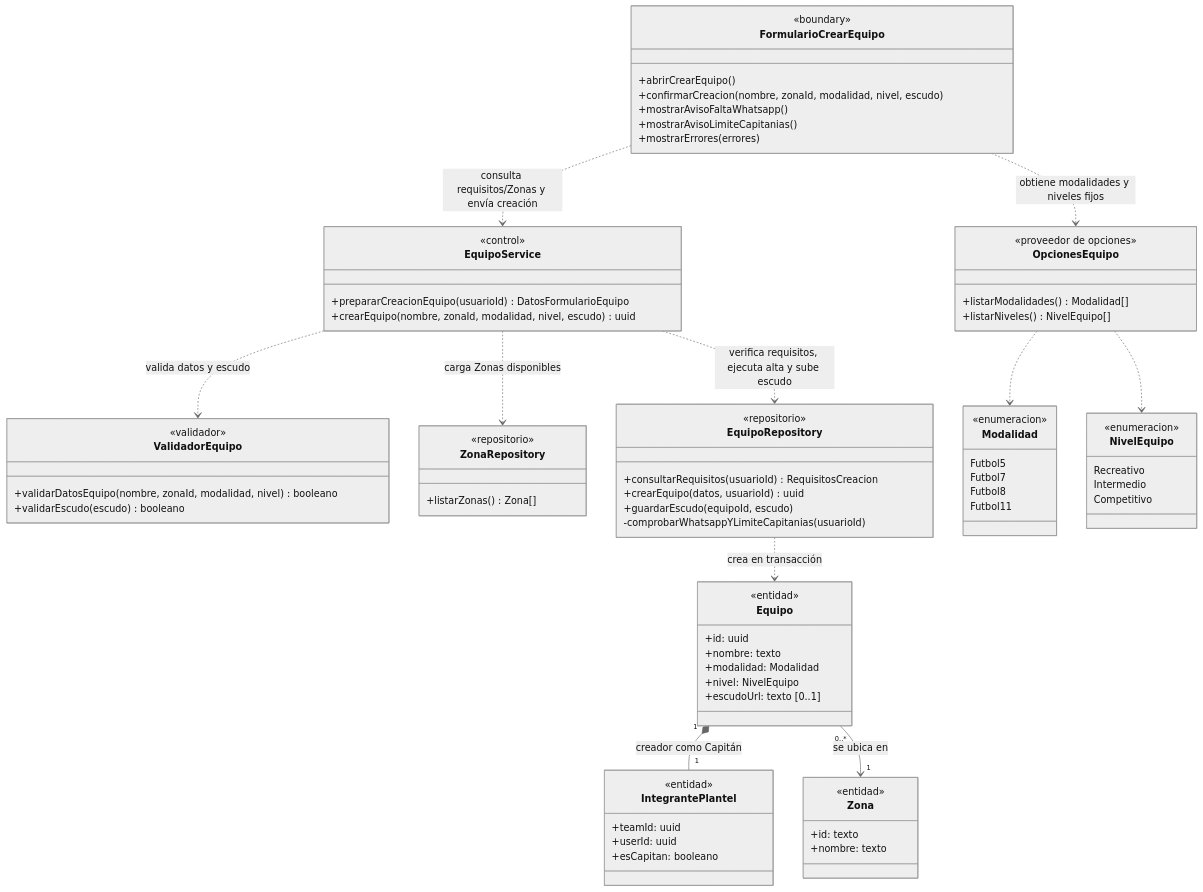
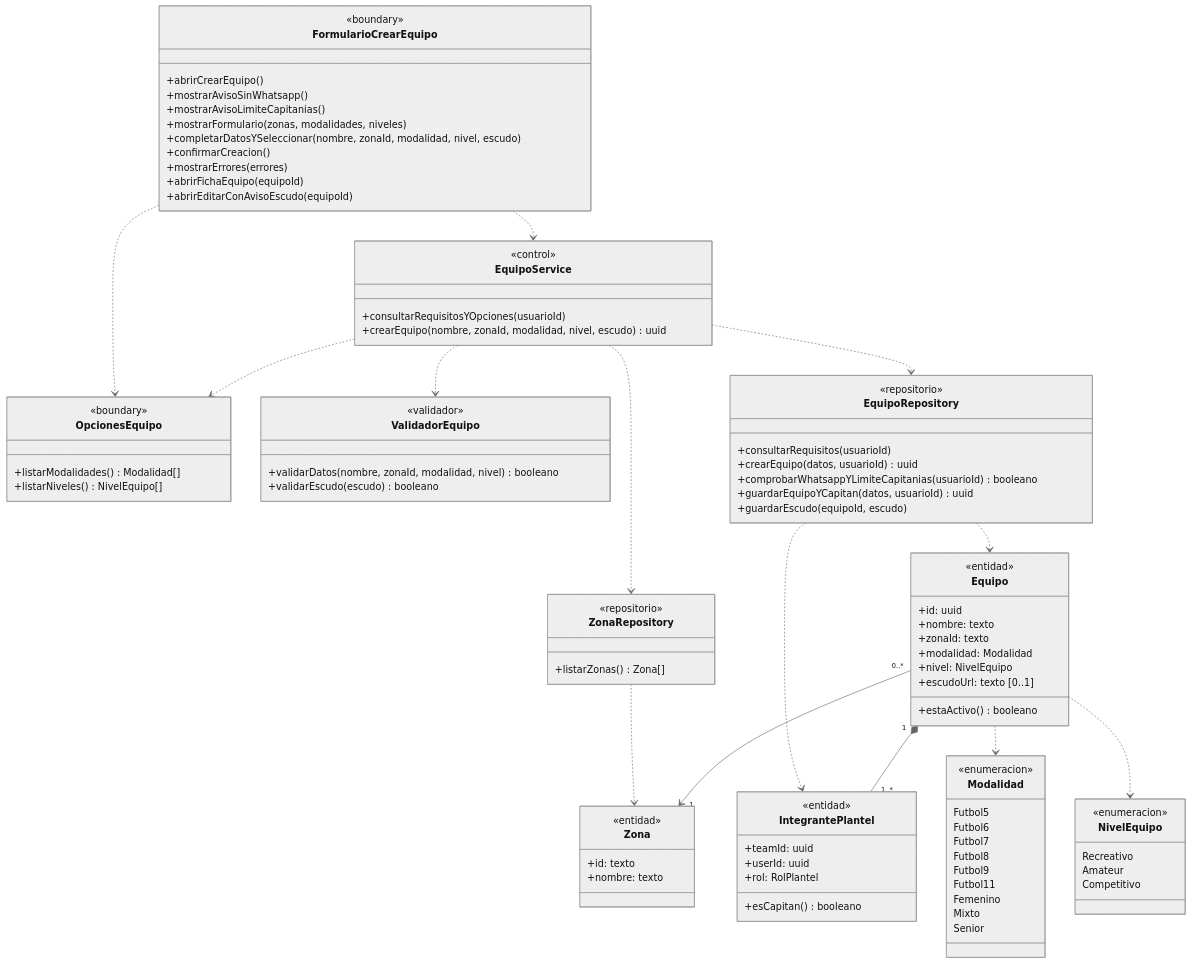
The second of 11 diagrams in docs/diagramas-de-clase/equipos.md (nicqletal/torneos-scraper), drawn with Mermaid (neutral theme) before and after one commit. The commit also changed other lines of this file and 13 other files, not shown here.

````diff
--- a/docs/diagramas-de-clase/equipos.md
+++ b/docs/diagramas-de-clase/equipos.md
@@ -132,27 +159,30 @@
 ```mermaid
 classDiagram
-direction TB
 class FormularioCrearEquipo {
   <<boundary>>
   +abrirCrearEquipo()
-  +confirmarCreacion(nombre, zonaId, modalidad, nivel, escudo)
-  +mostrarAvisoFaltaWhatsapp()
+  +mostrarAvisoSinWhatsapp()
   +mostrarAvisoLimiteCapitanias()
+  +mostrarFormulario(zonas, modalidades, niveles)
+  +completarDatosYSeleccionar(nombre, zonaId, modalidad, nivel, escudo)
+  +confirmarCreacion()
   +mostrarErrores(errores)
+  +abrirFichaEquipo(equipoId)
+  +abrirEditarConAvisoEscudo(equipoId)
 }
 class OpcionesEquipo {
-  <<proveedor de opciones>>
+  <<boundary>>
   +listarModalidades() Modalidad[]
   +listarNiveles() NivelEquipo[]
 }
 class EquipoService {
   <<control>>
-  +prepararCreacionEquipo(usuarioId) DatosFormularioEquipo
+  +consultarRequisitosYOpciones(usuarioId)
   +crearEquipo(nombre, zonaId, modalidad, nivel, escudo) uuid
 }
 class ValidadorEquipo {
   <<validador>>
-  +validarDatosEquipo(nombre, zonaId, modalidad, nivel) booleano
+  +validarDatos(nombre, zonaId, modalidad, nivel) booleano
   +validarEscudo(escudo) booleano
 }
 class ZonaRepository {
@@ -161,24 +191,28 @@
 }
 class EquipoRepository {
   <<repositorio>>
-  +consultarRequisitos(usuarioId) RequisitosCreacion
+  +consultarRequisitos(usuarioId)
   +crearEquipo(datos, usuarioId) uuid
+  +comprobarWhatsappYLimiteCapitanias(usuarioId) booleano
+  +guardarEquipoYCapitan(datos, usuarioId) uuid
   +guardarEscudo(equipoId, escudo)
-  -comprobarWhatsappYLimiteCapitanias(usuarioId)
 }
 class Equipo {
   <<entidad>>
   +id: uuid
   +nombre: texto
+  +zonaId: texto
   +modalidad: Modalidad
   +nivel: NivelEquipo
   +escudoUrl: texto [0..1]
+  +estaActivo() booleano
 }
 class IntegrantePlantel {
   <<entidad>>
   +teamId: uuid
   +userId: uuid
-  +esCapitan: booleano
+  +rol: RolPlantel
+  +esCapitan() booleano
 }
 class Zona {
   <<entidad>>
@@ -188,24 +222,32 @@
 class Modalidad {
   <<enumeracion>>
   Futbol5
+  Futbol6
   Futbol7
   Futbol8
+  Futbol9
   Futbol11
+  Femenino
+  Mixto
+  Senior
 }
 class NivelEquipo {
   <<enumeracion>>
   Recreativo
-  Intermedio
+  Amateur
   Competitivo
 }
-FormularioCrearEquipo ..> OpcionesEquipo : obtiene modalidades y niveles fijos
-FormularioCrearEquipo ..> EquipoService : consulta requisitos/Zonas y envía creación
-EquipoService ..> ZonaRepository : carga Zonas disponibles
-EquipoService ..> ValidadorEquipo : valida datos y escudo
-EquipoService ..> EquipoRepository : verifica requisitos, ejecuta alta y sube escudo
-EquipoRepository ..> Equipo : crea en transacción
-Equipo "1" *-- "1" IntegrantePlantel : creador como Capitán
-Equipo "0..*" --> "1" Zona : se ubica en
-OpcionesEquipo ..> Modalidad
-OpcionesEquipo ..> NivelEquipo
+FormularioCrearEquipo ..> OpcionesEquipo
+FormularioCrearEquipo ..> EquipoService
+EquipoService ..> OpcionesEquipo
+EquipoService ..> ZonaRepository
+EquipoService ..> ValidadorEquipo
+EquipoService ..> EquipoRepository
+EquipoRepository ..> Equipo
+EquipoRepository ..> IntegrantePlantel
+ZonaRepository ..> Zona
+Equipo "1" *-- "1..*" IntegrantePlantel
+Equipo "0..*" --> "1" Zona
+Equipo ..> Modalidad
+Equipo ..> NivelEquipo
 ```
````
